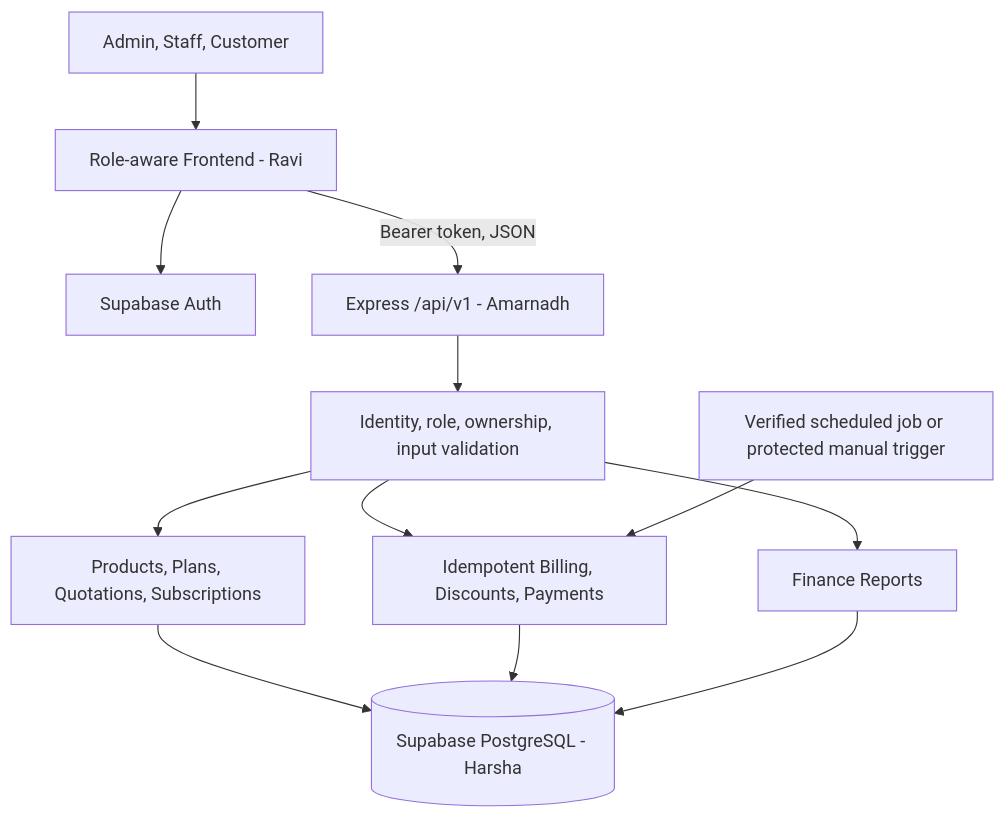
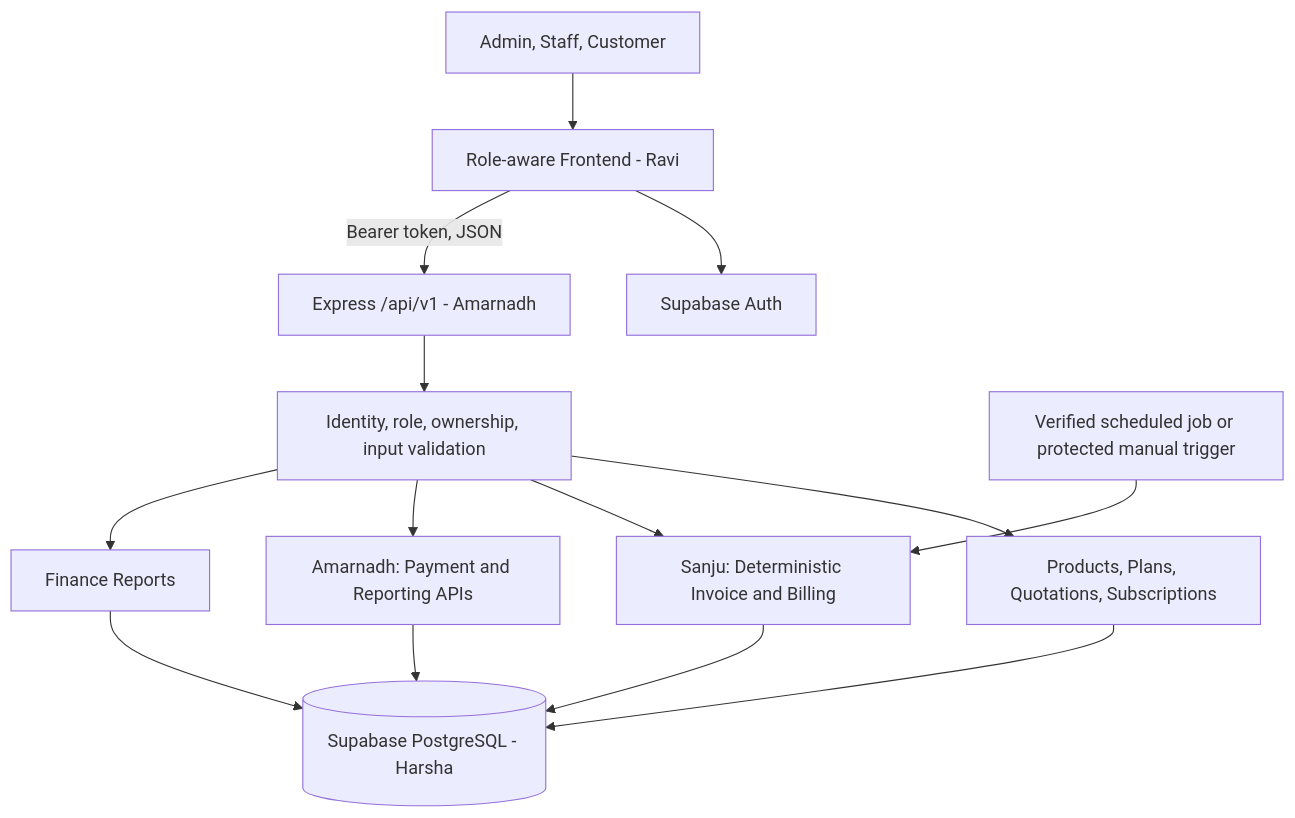
One commit to sanjuskb/odoo-national-hackathon-2026 changed the diagram in docs/architecture/system-architecture-proposal.md. Above: the diagram before and after it, drawn with Mermaid.

Commit message:
docs: align architecture and policies with approved module ownership

````diff
--- a/docs/architecture/system-architecture-proposal.md
+++ b/docs/architecture/system-architecture-proposal.md
@@ -5,14 +5,16 @@
 ```mermaid
 flowchart TD
  U[Admin, Staff, Customer] --> F[Role-aware Frontend - Ravi]
  F --> AUTH[Supabase Auth]
  F -->|Bearer token, JSON| API[Express /api/v1 - Amarnadh]
  API --> CHECK[Identity, role, ownership, input validation]
  CHECK --> CORE[Products, Plans, Quotations, Subscriptions]
- CHECK --> BILL[Idempotent Billing, Discounts, Payments]
+ CHECK --> BILL[Sanju: Deterministic Invoice and Billing]
+ CHECK --> PAY[Amarnadh: Payment and Reporting APIs]
  CHECK --> REP[Finance Reports]
  CORE --> DB[(Supabase PostgreSQL - Harsha)]
  BILL --> DB
+ PAY --> DB
  REP --> DB
  JOB[Verified scheduled job or protected manual trigger] --> BILL
 ```
````
